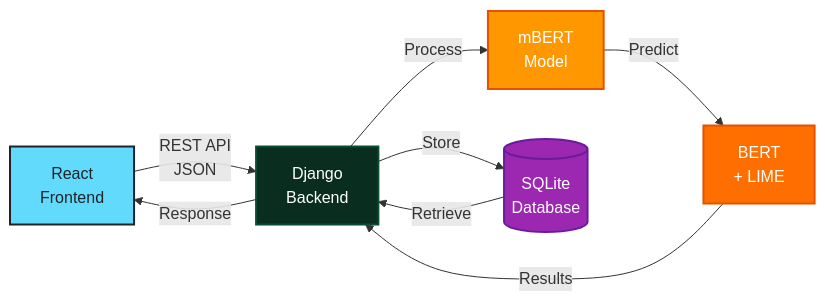
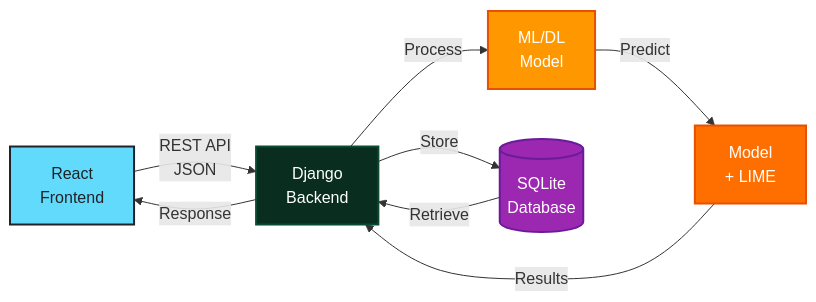
One commit to alphapie77/BanglaMovieReviewer changed the first of 2 diagrams in README.md. Above: the diagram before and after it, drawn with Mermaid.

Commit message:
Update diagram to reflect ML/DL model

````diff
--- a/README.md
+++ b/README.md
@@ -114,16 +114,16 @@
 ```mermaid
 graph LR
     A[React<br/>Frontend] -->|REST API<br/>JSON| B[Django<br/>Backend]
-    B -->|Process| C[mBERT<br/>Model]
-    C -->|Predict| D[BERT<br/>+ LIME]
+    B -->|Process| C[ML/DL<br/>Model]
+    C -->|Predict| D[Model<br/>+ LIME]
     D -->|Results| B
     B -->|Store| E[(SQLite<br/>Database)]
     E -->|Retrieve| B
     B -->|Response| A
     
     style A fill:#61dafb,stroke:#20232a,stroke-width:2px,color:#20232a
     style B fill:#092e20,stroke:#0c4b33,stroke-width:2px,color:#fff
     style C fill:#ff9800,stroke:#e65100,stroke-width:2px,color:#fff
     style D fill:#ff6f00,stroke:#e65100,stroke-width:2px,color:#fff
     style E fill:#9c27b0,stroke:#6a1b9a,stroke-width:2px,color:#fff
 ```
````
